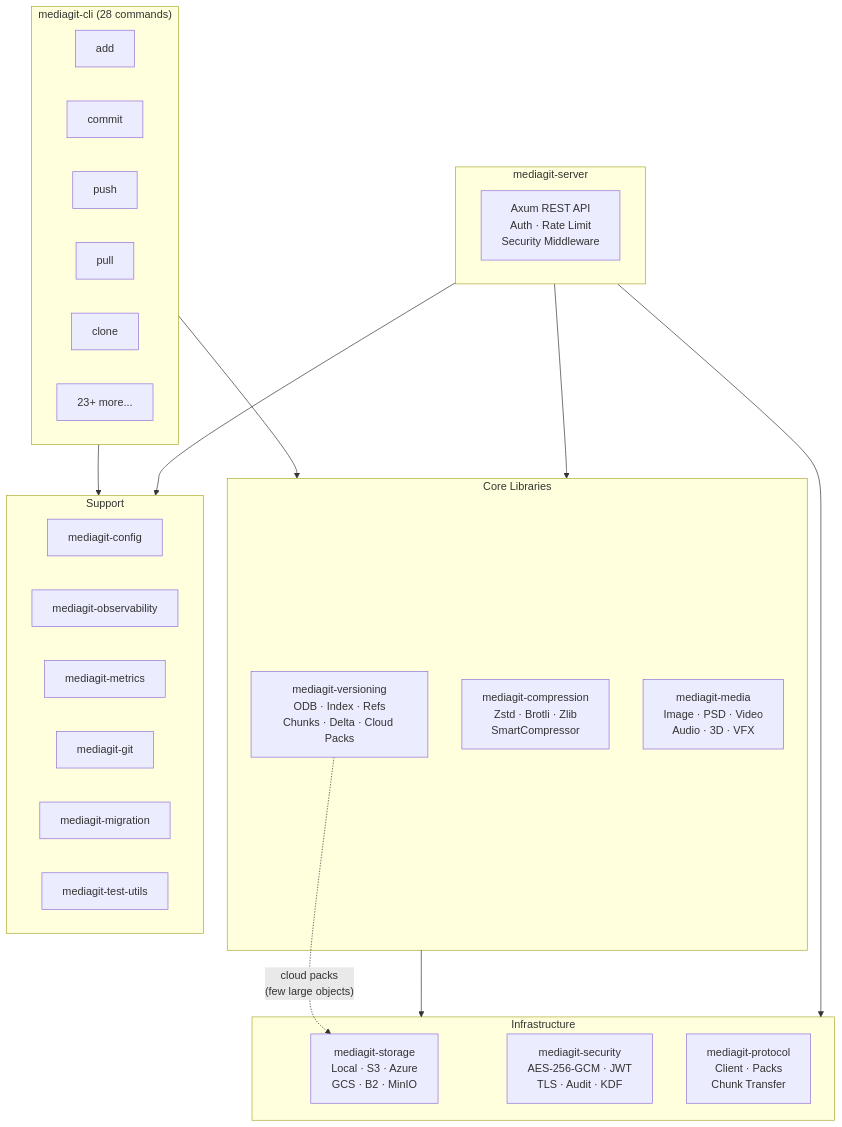
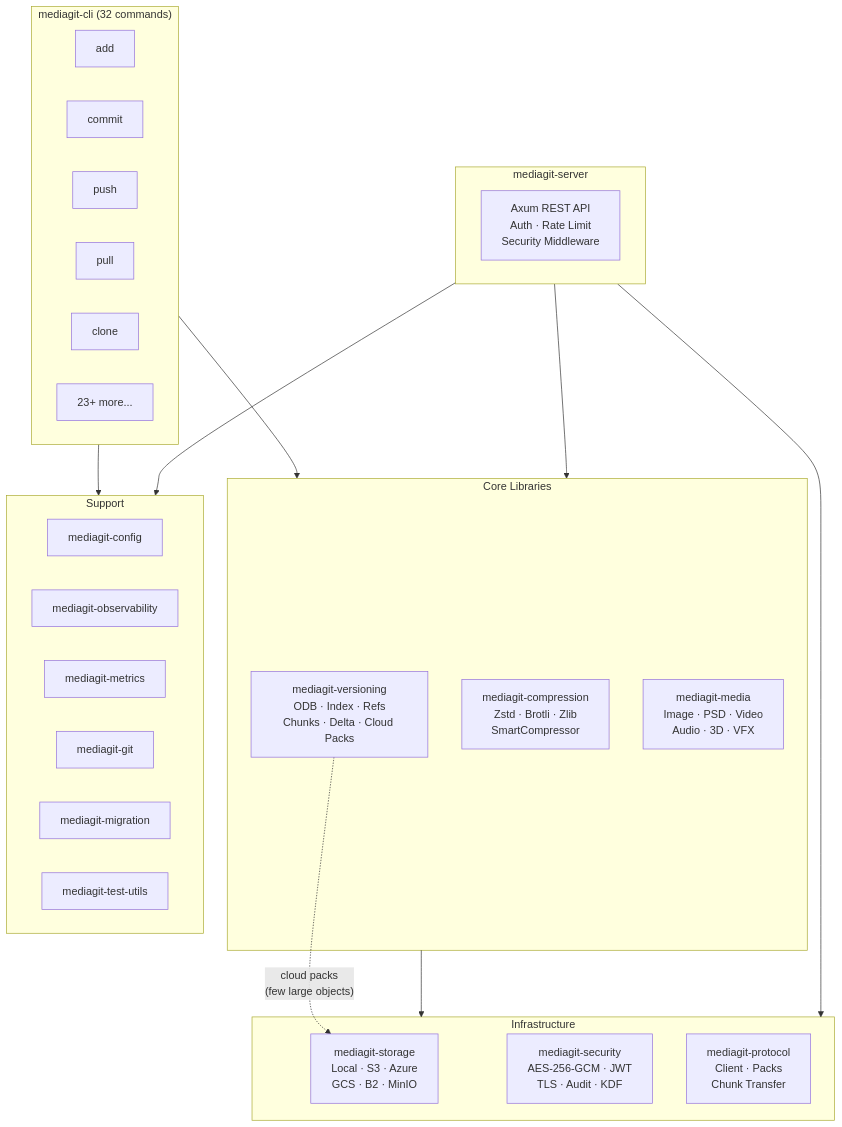
One commit to winnyboy5/mediagit-core changed the first of 14 diagrams in ARCHITECTURE.md. Above: the diagram before and after it, drawn with Mermaid. The commit also changed other lines of this file and 126 other files, not shown here.

````diff
--- a/ARCHITECTURE.md
+++ b/ARCHITECTURE.md
@@ -10,44 +12,44 @@
 ```mermaid
 graph TD
-    subgraph CLI["mediagit-cli (28 commands)"]
+    subgraph CLI["mediagit-cli (32 commands)"]
         ADD["add"]
         COMMIT["commit"]
         PUSH["push"]
         PULL["pull"]
         CLONE["clone"]
         OTHER["23+ more..."]
     end
 
     subgraph Core["Core Libraries"]
         VER["mediagit-versioning<br/>ODB · Index · Refs<br/>Chunks · Delta · Cloud Packs"]
         COMP["mediagit-compression<br/>Zstd · Brotli · Zlib<br/>SmartCompressor"]
         MEDIA["mediagit-media<br/>Image · PSD · Video<br/>Audio · 3D · VFX"]
     end
 
     subgraph Infra["Infrastructure"]
         STORE["mediagit-storage<br/>Local · S3 · Azure<br/>GCS · B2 · MinIO"]
         SEC["mediagit-security<br/>AES-256-GCM · JWT<br/>TLS · Audit · KDF"]
         PROTO["mediagit-protocol<br/>Client · Packs<br/>Chunk Transfer"]
     end
 
     subgraph Support["Support"]
         CFG["mediagit-config"]
         OBS["mediagit-observability"]
         MET["mediagit-metrics"]
         GIT["mediagit-git"]
         MIG["mediagit-migration"]
         TEST["mediagit-test-utils"]
     end
 
     subgraph Server["mediagit-server"]
         AXUM["Axum REST API<br/>Auth · Rate Limit<br/>Security Middleware"]
     end
 
     CLI --> Core
     Core --> Infra
     Server --> Core
     Server --> Infra
     CLI --> Support
     Server --> Support
     VER -.->|"cloud packs<br/>(few large objects)"| STORE
 ```
````
